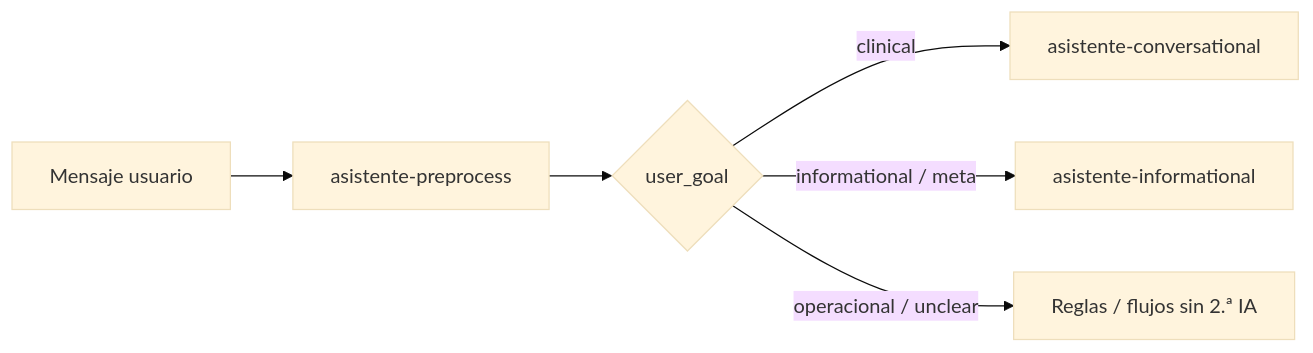
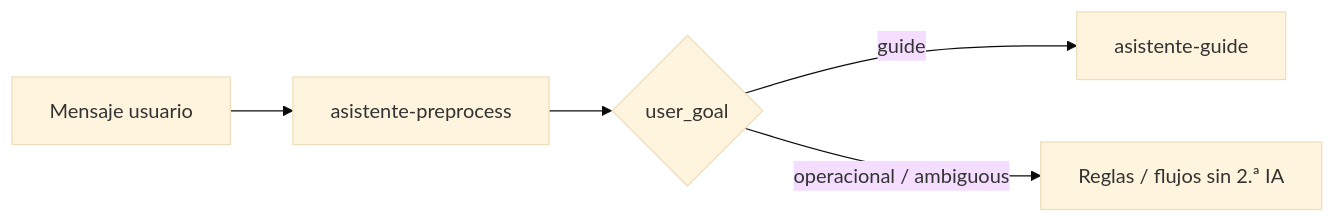
One commit to luischanferoni/bioenlace changed the diagram in web/docs/producto/catalogo-usos-ia.md. Above: the diagram before and after it, drawn with Mermaid (base theme). The commit also changed other lines of this file and 64 other files, not shown here.

````diff
--- a/web/docs/producto/catalogo-usos-ia.md
+++ b/web/docs/producto/catalogo-usos-ia.md
@@ -47,13 +46,11 @@
 ```mermaid
 flowchart LR
   M[Mensaje usuario]
   P[asistente-preprocess]
   R{user_goal}
-  C[asistente-conversational]
-  I[asistente-informational]
+  G[asistente-guide]
   O[Reglas / flujos sin 2.ª IA]
   M --> P --> R
-  R -->|clinical| C
-  R -->|informational / meta| I
-  R -->|operacional / unclear| O
+  R -->|guide| G
+  R -->|operacional / ambiguous| O
 ```
````
